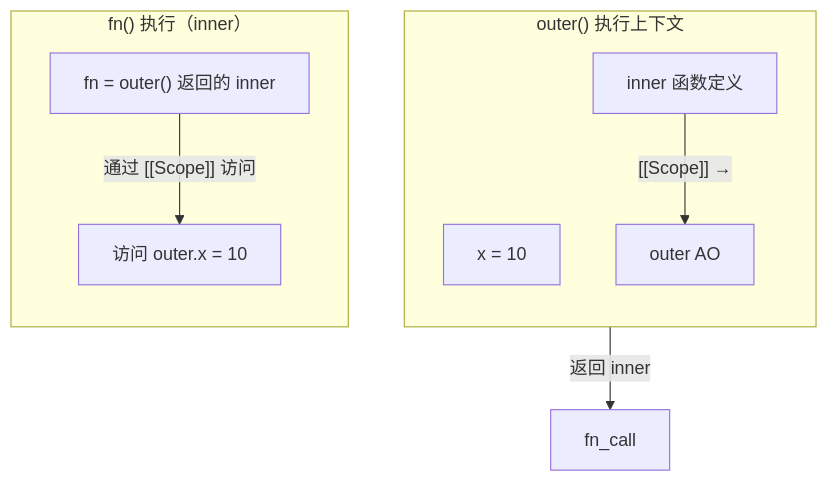
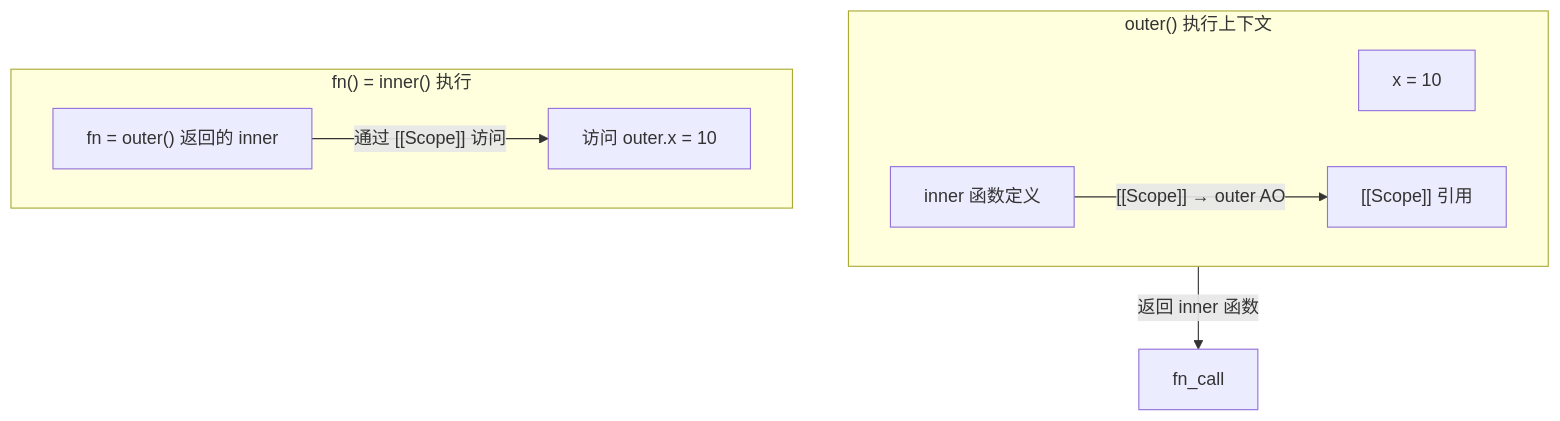
Before and after one commit to Shyu-x/frontend-interview: the third of 8 diagrams in docs/js/hyper-frequencies.md, drawn with Mermaid. The commit also changed other lines of this file, not shown here.

First line of the commit message:
docs: fix mermaid diagram syntax issues in js/hyper-frequencies.md

````diff
--- a/docs/js/hyper-frequencies.md
+++ b/docs/js/hyper-frequencies.md
@@ -299,17 +298,16 @@
 ```mermaid
 flowchart TB
     subgraph outer["outer() 执行上下文"]
-        direction TB
         x["x = 10"]
-        inner["inner 函数定义"]
-        inner -->|"[[Scope]] →"| outer_ao["outer AO"]
+        inner["inner 函数定义"] -->|"[[Scope]] → outer AO"| scopeRef
     end
     
-    outer -->|"返回 inner"| fn_call
+    outer["outer()"] -->|"返回 inner 函数"| fn_call
     
-    subgraph inner_exec["fn() 执行（inner）"]
-        direction TB
+    subgraph inner_exec["fn() = inner() 执行"]
         fn["fn = outer() 返回的 inner"]
         fn -->|"通过 [[Scope]] 访问"| x_val["访问 outer.x = 10"]
     end
+    
+    scopeRef["[[Scope]] 引用"]
 ```
````
